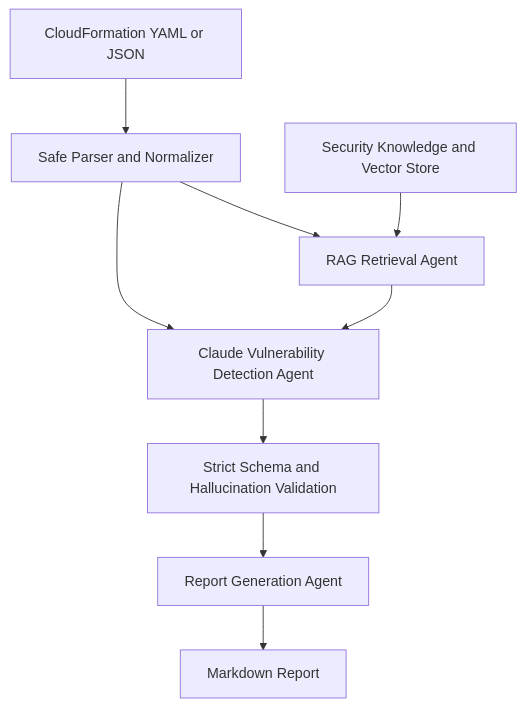
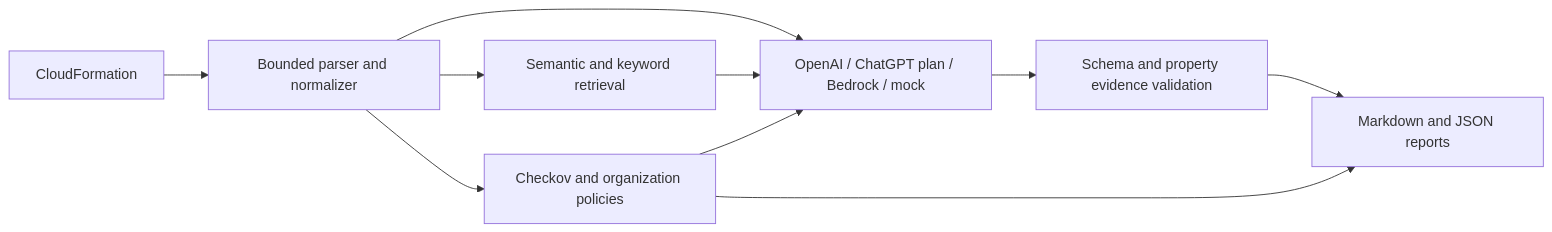
Before and after one commit to Pavanid2325/secureIAC-for-terraform-and-awscloudfromation: the diagram in README.md, drawn with Mermaid. The commit also changed other lines of this file and 59 other files, not shown here.

Commit message:
made changes of detection agent and few workflow changes

````diff
--- a/README.md
+++ b/README.md
@@ -11,11 +13,12 @@
 ```mermaid
-flowchart TD
-    A[CloudFormation YAML or JSON] --> B[Safe Parser and Normalizer]
-    B --> C[RAG Retrieval Agent]
-    K[Security Knowledge and Vector Store] --> C
-    C --> D[Claude Vulnerability Detection Agent]
-    B --> D
-    D --> E[Strict Schema and Hallucination Validation]
-    E --> F[Report Generation Agent]
-    F --> G[Markdown Report]
+flowchart LR
+    A[CloudFormation] --> B[Bounded parser and normalizer]
+    B --> C[Semantic and keyword retrieval]
+    B --> S[Checkov and organization policies]
+    B --> D[OpenAI / ChatGPT plan / Bedrock / mock]
+    C --> D
+    S --> D
+    D --> V[Schema and property evidence validation]
+    V --> R[Markdown and JSON reports]
+    S --> R
 ```
````
